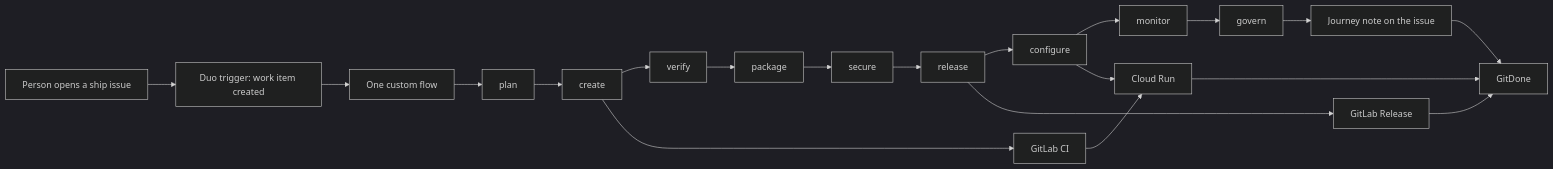
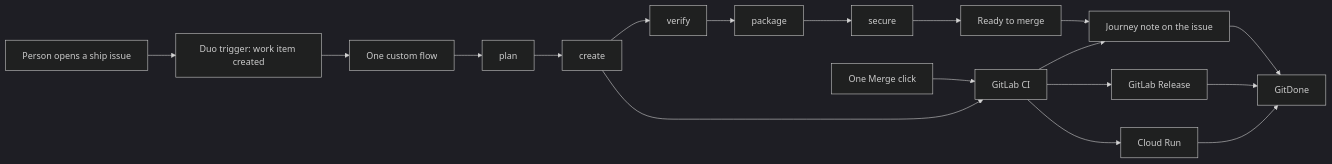
One commit to Esimuda/gitdone changed the diagram in README.md. Above: the diagram before and after it, drawn with Mermaid (dark theme). The commit also changed other lines of this file and 58 other files, not shown here.

First line of the commit message:
Stop at Ready to merge, then record the one human click.

````diff
--- a/README.md
+++ b/README.md
@@ -66,23 +67,23 @@
 ```mermaid
 flowchart LR
   human[Person opens a ship issue]
   trigger[Duo trigger: work item created]
   flow[One custom flow]
   ci[GitLab CI]
   run[Cloud Run]
   note[Journey note on the issue]
   release[GitLab Release]
   app[GitDone]
 
   human --> trigger --> flow
-  flow --> plan --> create --> verify --> package --> secure --> releaseStage[release]
-  releaseStage --> configure --> monitor --> govern
+  flow --> plan --> create --> verify --> package --> secure --> ready[Ready to merge]
+  ready --> note
+  humanMerge[One Merge click] --> ci
   create --> ci
+  ci --> release
   ci --> run
-  configure --> run
-  govern --> note
-  releaseStage --> release
+  ci --> note
   note --> app
   release --> app
   run --> app
 ```
````
